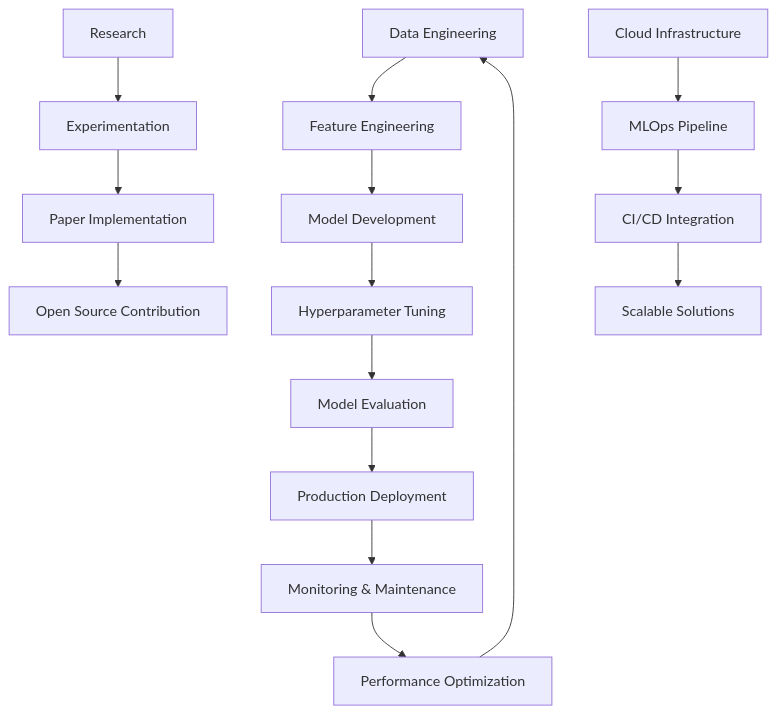
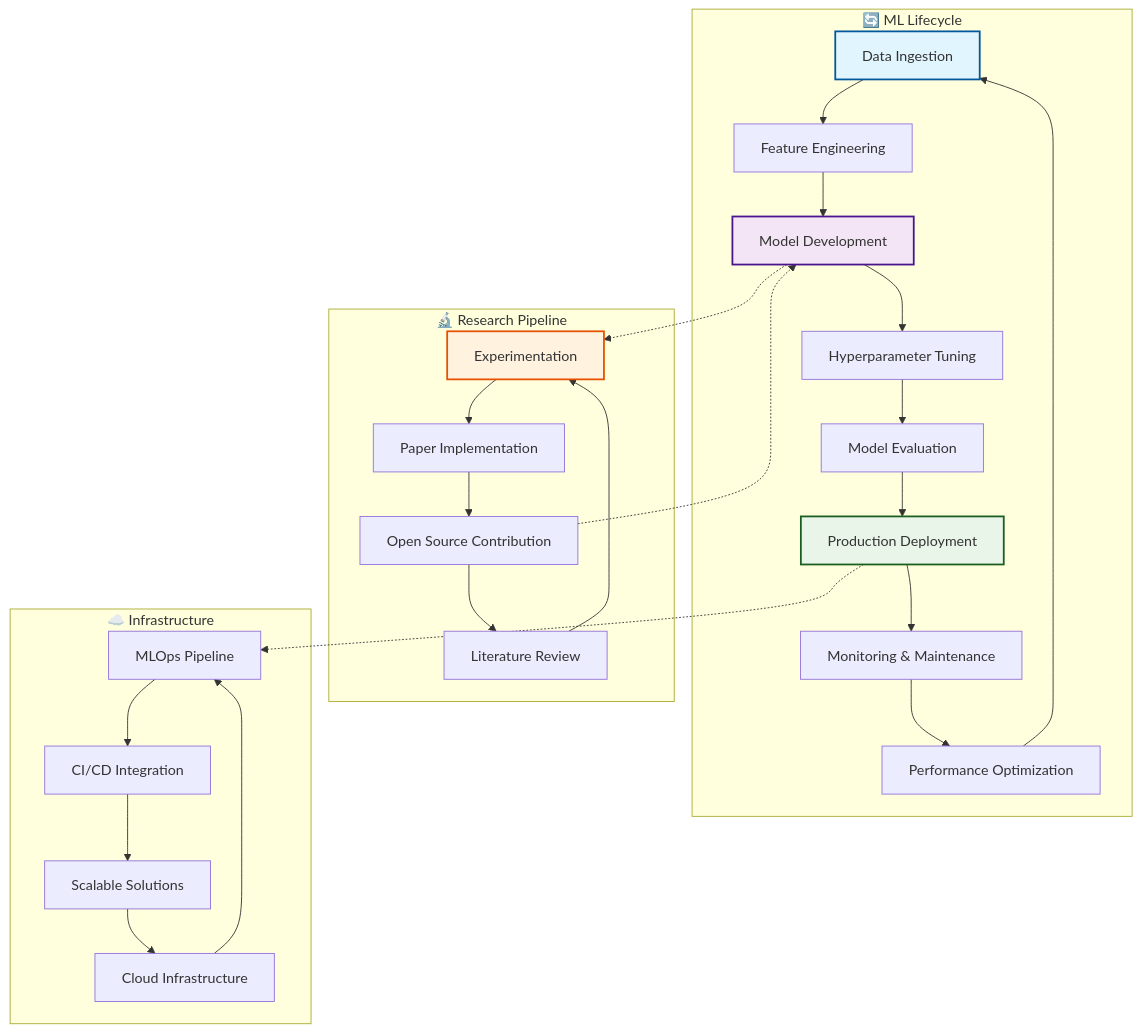
The first of 7 diagrams in README.md (FestusMatsitsa/FestusMatsitsa), drawn with Mermaid before and after one commit. The commit also changed other lines of this file, not shown here.

````diff
--- a/README.md
+++ b/README.md
@@ -19,19 +21,36 @@
 ```mermaid
-graph TD
-    A[Data Engineering] --> B[Feature Engineering]
-    B --> C[Model Development]
-    C --> D[Hyperparameter Tuning]
-    D --> E[Model Evaluation]
-    E --> F[Production Deployment]
-    F --> G[Monitoring & Maintenance]
-    G --> H[Performance Optimization]
-    H --> A
+graph TB
+    subgraph "🔄 ML Lifecycle"
+        A[Data Ingestion] --> B[Feature Engineering]
+        B --> C[Model Development]
+        C --> D[Hyperparameter Tuning]
+        D --> E[Model Evaluation]
+        E --> F[Production Deployment]
+        F --> G[Monitoring & Maintenance]
+        G --> H[Performance Optimization]
+        H --> A
+    end
     
-    I[Research] --> J[Experimentation]
-    J --> K[Paper Implementation]
-    K --> L[Open Source Contribution]
+    subgraph "🔬 Research Pipeline"
+        I[Literature Review] --> J[Experimentation]
+        J --> K[Paper Implementation]
+        K --> L[Open Source Contribution]
+        L --> I
+    end
     
-    M[Cloud Infrastructure] --> N[MLOps Pipeline]
-    N --> O[CI/CD Integration]
-    O --> P[Scalable Solutions]
+    subgraph "☁️ Infrastructure"
+        M[Cloud Infrastructure] --> N[MLOps Pipeline]
+        N --> O[CI/CD Integration]
+        O --> P[Scalable Solutions]
+        P --> M
+    end
+    
+    C -.-> J
+    F -.-> N
+    L -.-> C
+    
+    style A fill:#e1f5fe,stroke:#01579b,stroke-width:2px
+    style C fill:#f3e5f5,stroke:#4a148c,stroke-width:2px
+    style F fill:#e8f5e8,stroke:#1b5e20,stroke-width:2px
+    style J fill:#fff3e0,stroke:#e65100,stroke-width:2px
 ```
````
